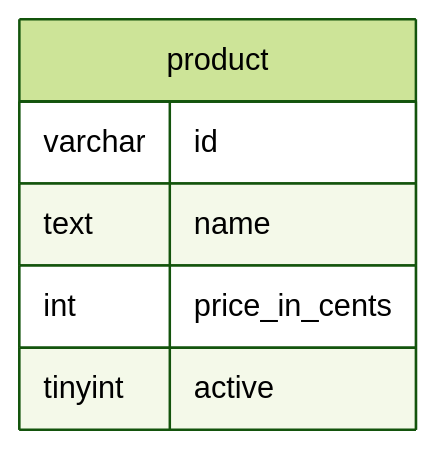
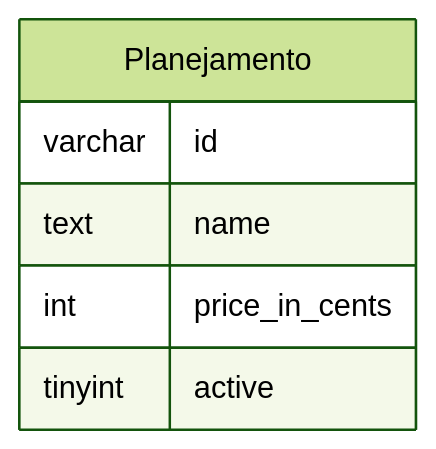
One commit to renatonunes74/foodminder changed the second of 2 diagrams in README.md. Above: the diagram before and after it, drawn with Mermaid (forest theme). The commit also changed other lines of this file and 7 other files, not shown here.

````diff
--- a/README.md
+++ b/README.md
@@ -132,9 +132,9 @@
 ```mermaid
 erDiagram
-product {
+Planejamento {
     varchar id
         text name 
         int price_in_cents 
         tinyint active 
 }
 ```
````
